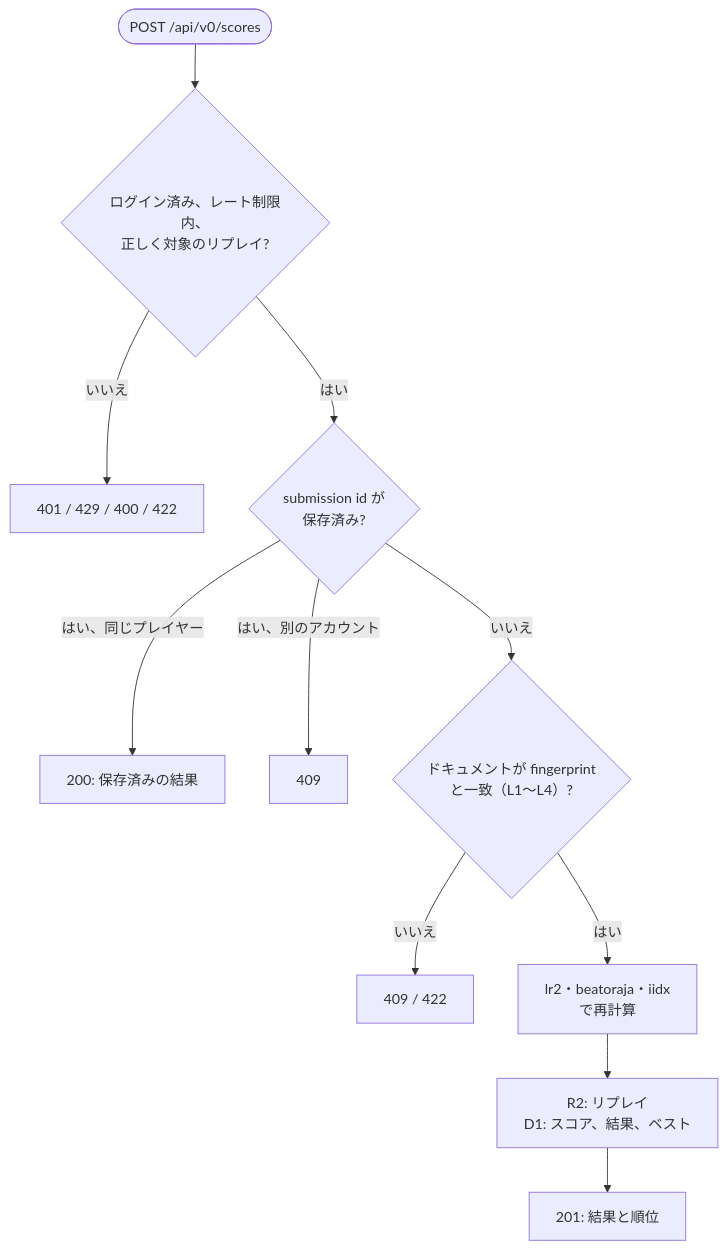
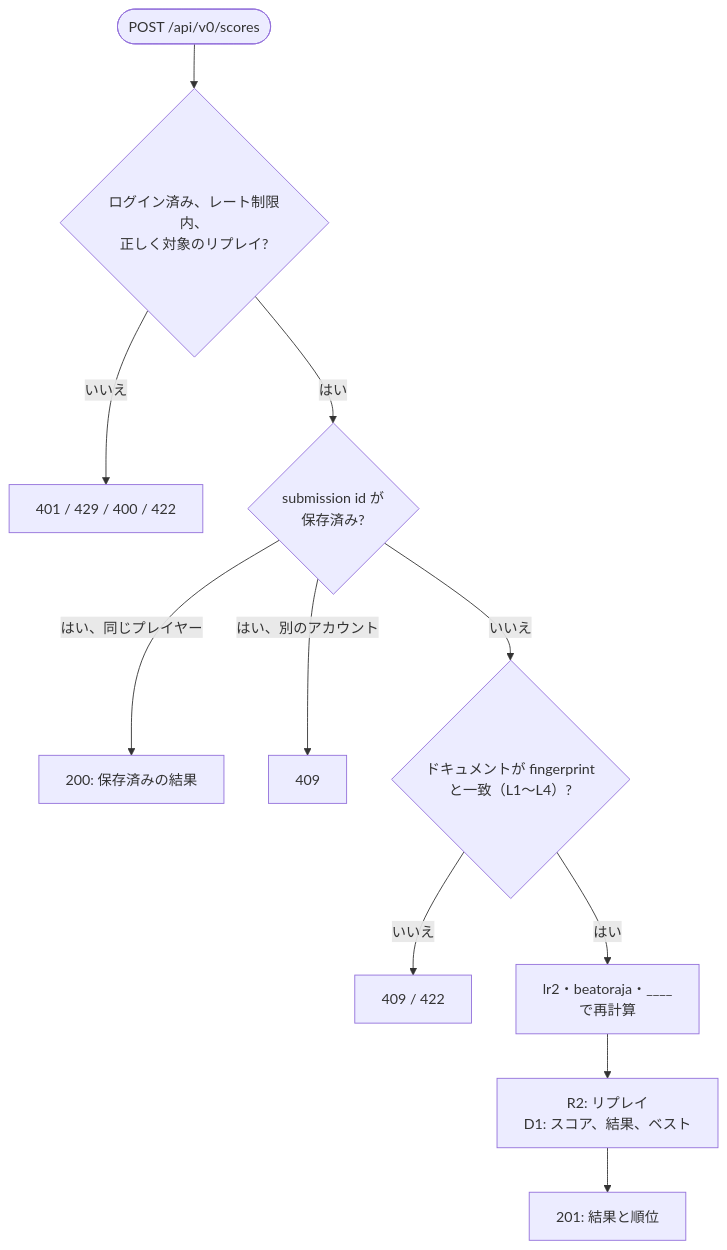
Before and after one commit to nulltask/be-music: the first of 2 diagrams in packages/app-leaderboard/README.ja.md, drawn with Mermaid. The commit also changed other lines of this file and 45 other files, not shown here.

````diff
--- a/packages/app-leaderboard/README.ja.md
+++ b/packages/app-leaderboard/README.ja.md
@@ -29,13 +29,13 @@
 ```mermaid
 flowchart TD
   post(["POST /api/v0/scores"]) --> gate{"ログイン済み、レート制限内、<br/>正しく対象のリプレイ?"}
   gate -->|いいえ| e4xx["401 / 429 / 400 / 422"]
   gate -->|はい| dup{"submission id が<br/>保存済み?"}
   dup -->|"はい、同じプレイヤー"| r200["200: 保存済みの結果"]
   dup -->|"はい、別のアカウント"| e409["409"]
   dup -->|いいえ| docs{"ドキュメントが fingerprint<br/>と一致（L1〜L4）?"}
   docs -->|いいえ| reject["409 / 422"]
-  docs -->|はい| sim["lr2・beatoraja・iidx<br/>で再計算"]
+  docs -->|はい| sim["lr2・beatoraja・____<br/>で再計算"]
   sim --> store["R2: リプレイ<br/>D1: スコア、結果、ベスト"]
   store --> r201["201: 結果と順位"]
 ```
````
